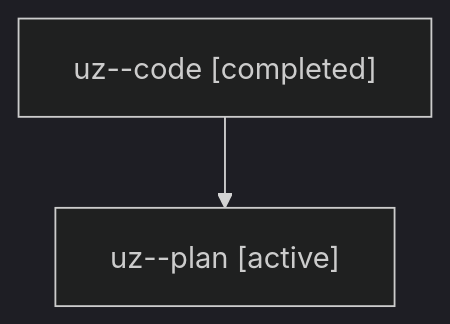
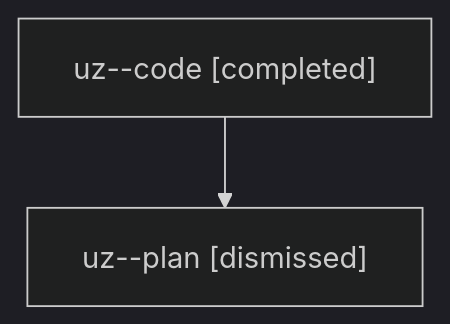
Before and after one commit to sase-org/sase--agents: the diagram in sessions/bbugyi200.athena.uz.md, drawn with Mermaid (dark theme). The commit also changed other lines of this file and 36 other files, not shown here.

````diff
--- a/sessions/bbugyi200.athena.uz.md
+++ b/sessions/bbugyi200.athena.uz.md
@@ -9,6 +9,6 @@
 ```mermaid
 flowchart TD
   n0["uz--code [completed]"]
-  n1["uz--plan [active]"]
+  n1["uz--plan [dismissed]"]
   n0 --> n1
 ```
````
